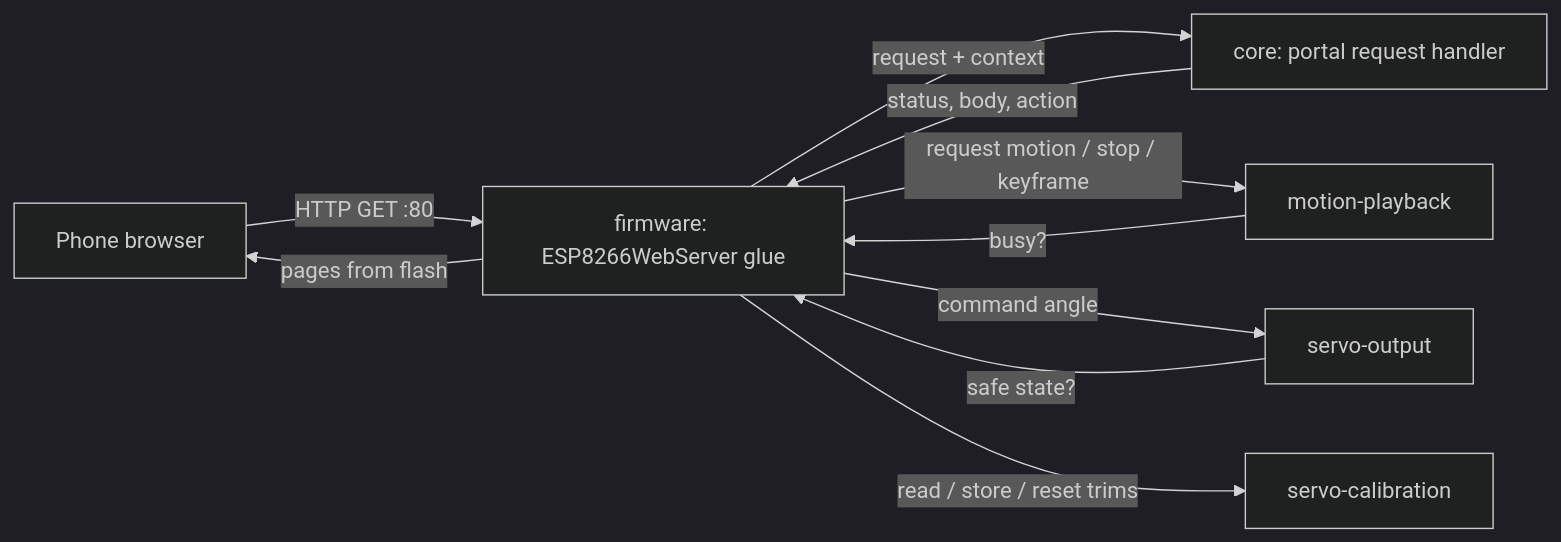
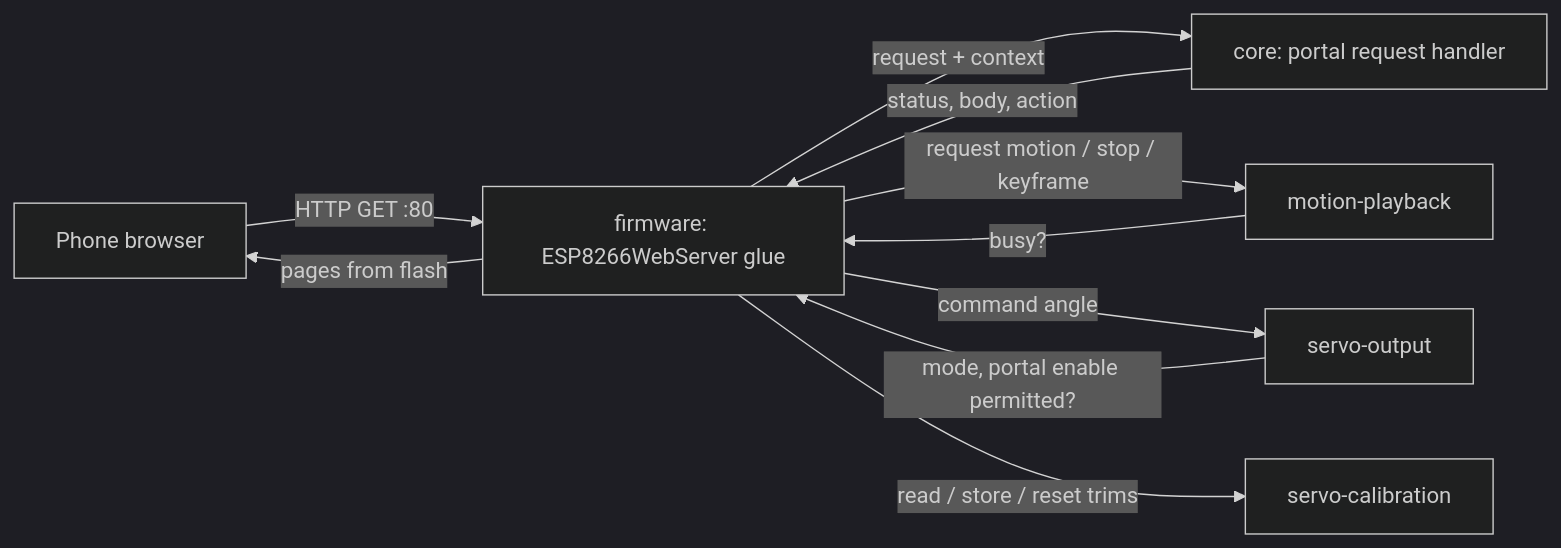
One commit to blackfyre/mini-spooder changed the first of 3 diagrams in openspec/changes/web-portal/design.md. Above: the diagram before and after it, drawn with Mermaid (dark theme). The commit also changed other lines of this file and 3 other files, not shown here.

First line of the commit message:
Align web-portal with the settled output-enable rule and the other changes

````diff
--- a/openspec/changes/web-portal/design.md
+++ b/openspec/changes/web-portal/design.md
@@ -55,12 +55,12 @@
 ```mermaid
 flowchart LR
   Phone["Phone browser"] -- "HTTP GET :80" --> WS["firmware: ESP8266WebServer glue"]
   WS -- "request + context" --> H["core: portal request handler"]
   H -- "status, body, action" --> WS
   WS -- "request motion / stop / keyframe" --> MP["motion-playback"]
   WS -- "command angle" --> SO["servo-output"]
   WS -- "read / store / reset trims" --> SC["servo-calibration"]
-  SO -- "safe state?" --> WS
+  SO -- "mode, portal enable permitted?" --> WS
   MP -- "busy?" --> WS
   WS -- "pages from flash" --> Phone
 ```
````
